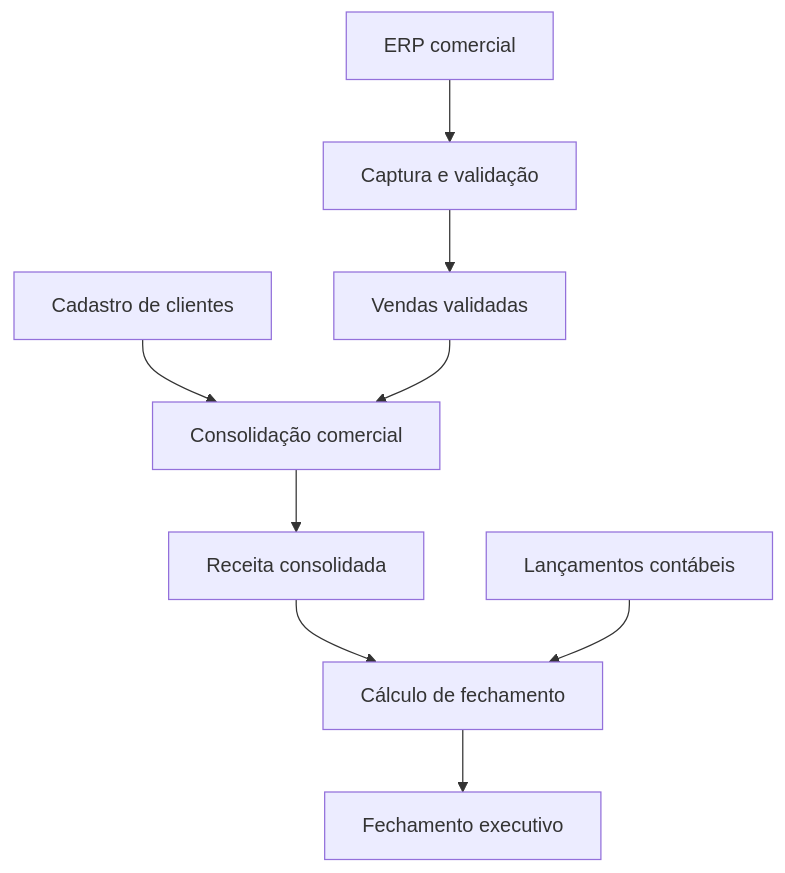
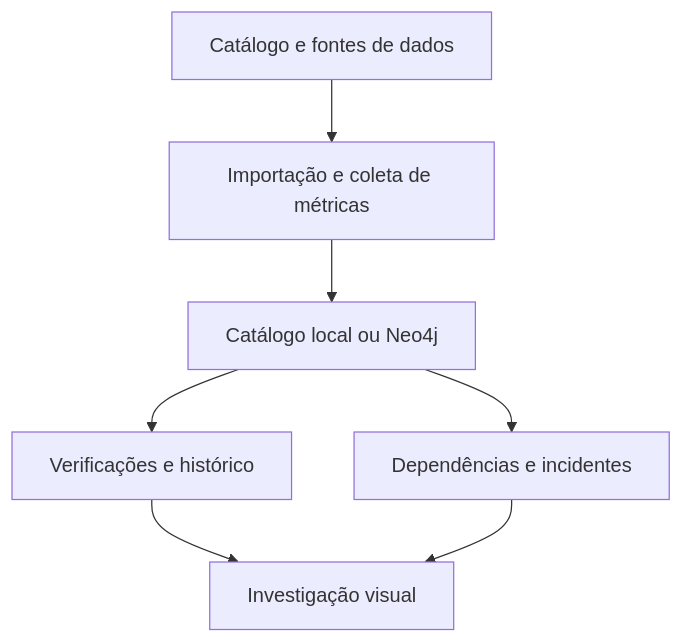
Before and after one commit to alegarcinascimento/dataimpact: the diagram in README.md, drawn with Mermaid. The commit also changed other lines of this file and 10 other files, not shown here.

````diff
--- a/README.md
+++ b/README.md
@@ -143,11 +130,9 @@
 ```mermaid
 flowchart TD
-  ERP["ERP comercial"] --> CAP["Captura e validação"]
-  CAP --> V["Vendas validadas"]
-  CRM["Cadastro de clientes"] --> CONS["Consolidação comercial"]
-  V --> CONS
-  CONS --> REC["Receita consolidada"]
-  REC --> FECH["Cálculo de fechamento"]
-  CONT["Lançamentos contábeis"] --> FECH
-  FECH --> REL["Fechamento executivo"]
+  SOURCES["Catálogo e fontes de dados"] --> COLLECT["Importação e coleta de métricas"]
+  COLLECT --> STORE["Catálogo local ou Neo4j"]
+  STORE --> CHECKS["Verificações e histórico"]
+  STORE --> CONTEXT["Dependências e incidentes"]
+  CHECKS --> UI["Investigação visual"]
+  CONTEXT --> UI
 ```
````
